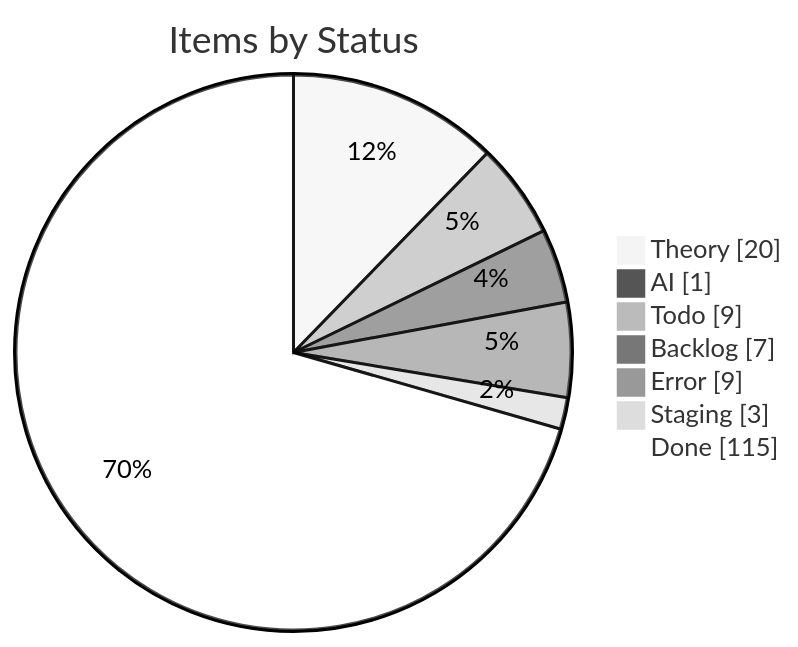
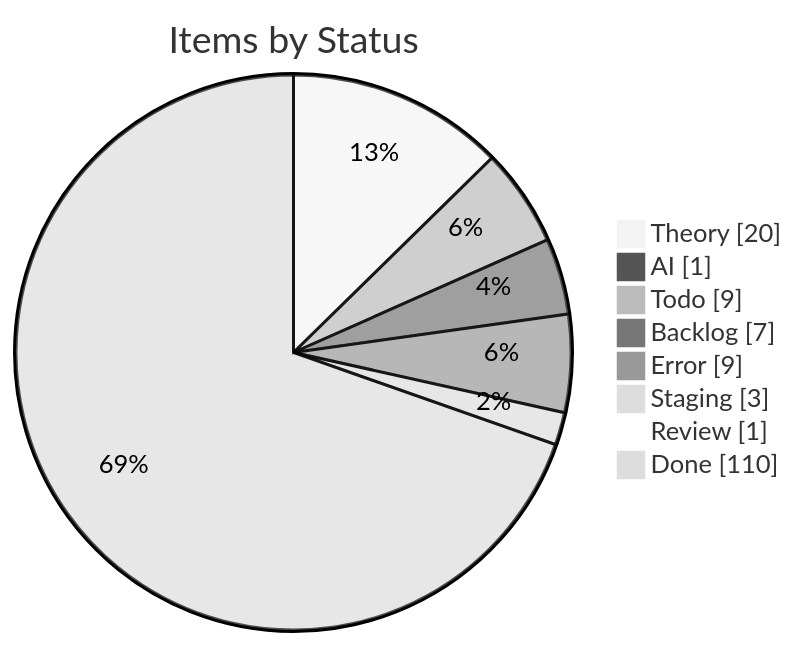
One commit to KBVE/kbve changed the first of 4 diagrams in apps/kbve/astro-kbve/src/content/docs/dashboard/kanban-data.mdx. Above: the diagram before and after it, drawn with Mermaid (neutral theme). The commit also changed other lines of this file and 8 other files, not shown here.

````diff
--- a/apps/kbve/astro-kbve/src/content/docs/dashboard/kanban-data.mdx
+++ b/apps/kbve/astro-kbve/src/content/docs/dashboard/kanban-data.mdx
@@ -55,11 +55,12 @@
 ```mermaid
 pie showData
     title Items by Status
     "Theory" : 20
     "AI" : 1
     "Todo" : 9
     "Backlog" : 7
     "Error" : 9
     "Staging" : 3
-    "Done" : 115
+    "Review" : 1
+    "Done" : 110
 ```
````
